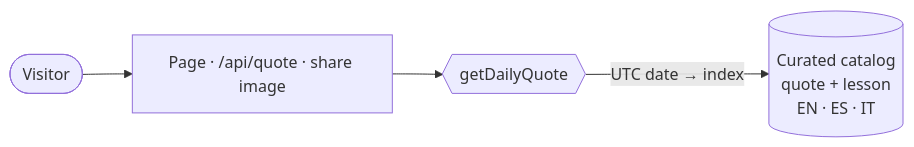
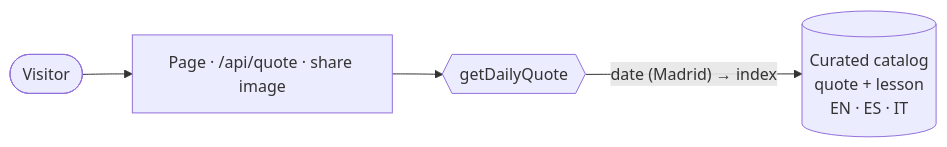
The diagram in README.md (valery2590/daily_phrases), drawn with Mermaid before and after one commit. The commit also changed other lines of this file and 8 other files, not shown here.

First line of the commit message:
Change the day at midnight in Madrid, not UTC

````diff
--- a/README.md
+++ b/README.md
@@ -17,6 +17,6 @@
 ```mermaid
 flowchart LR
     U([Visitor]) --> P[Page · /api/quote · share image]
     P --> D{{getDailyQuote}}
-    D -->|"UTC date → index"| C[(Curated catalog<br/>quote + lesson<br/>EN · ES · IT)]
+    D -->|"date (Madrid) → index"| C[(Curated catalog<br/>quote + lesson<br/>EN · ES · IT)]
 ```
````
